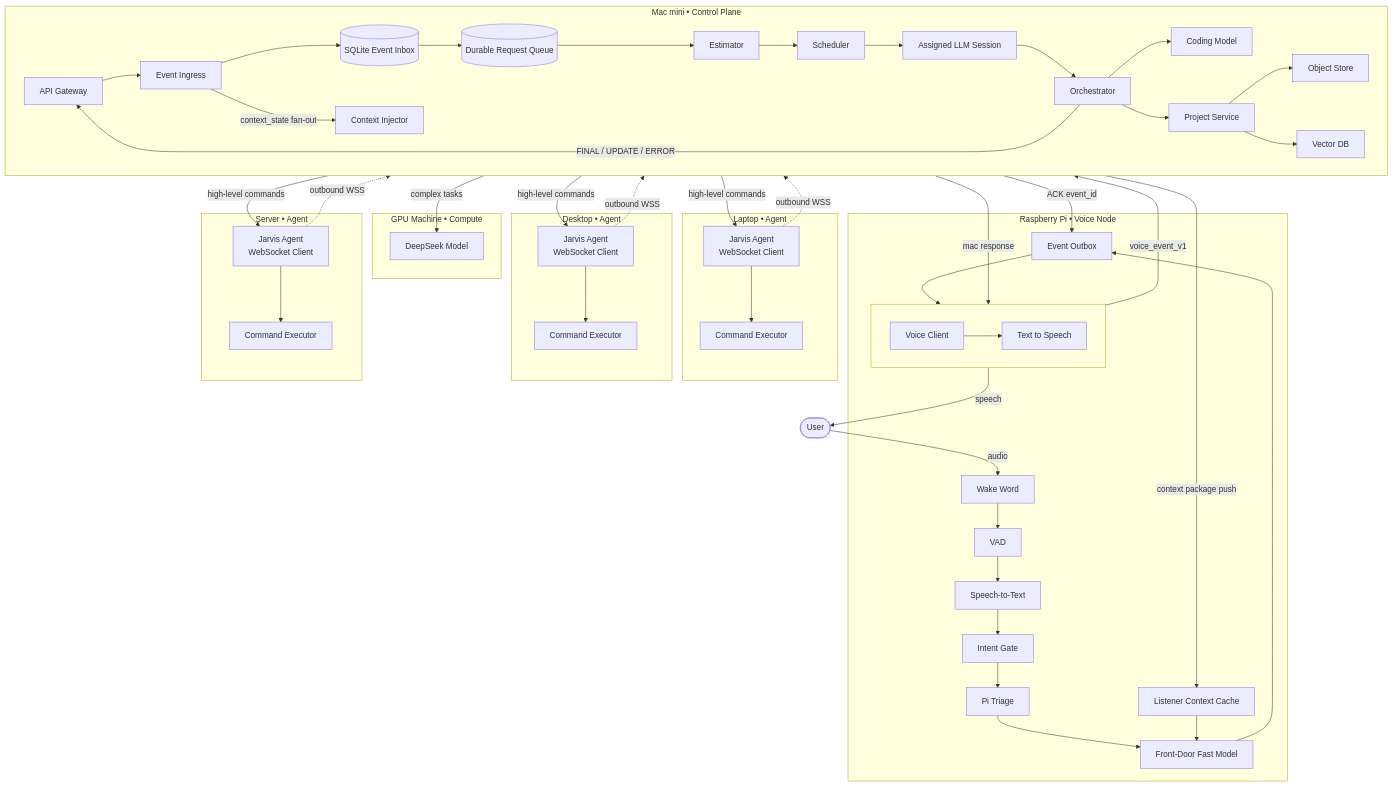
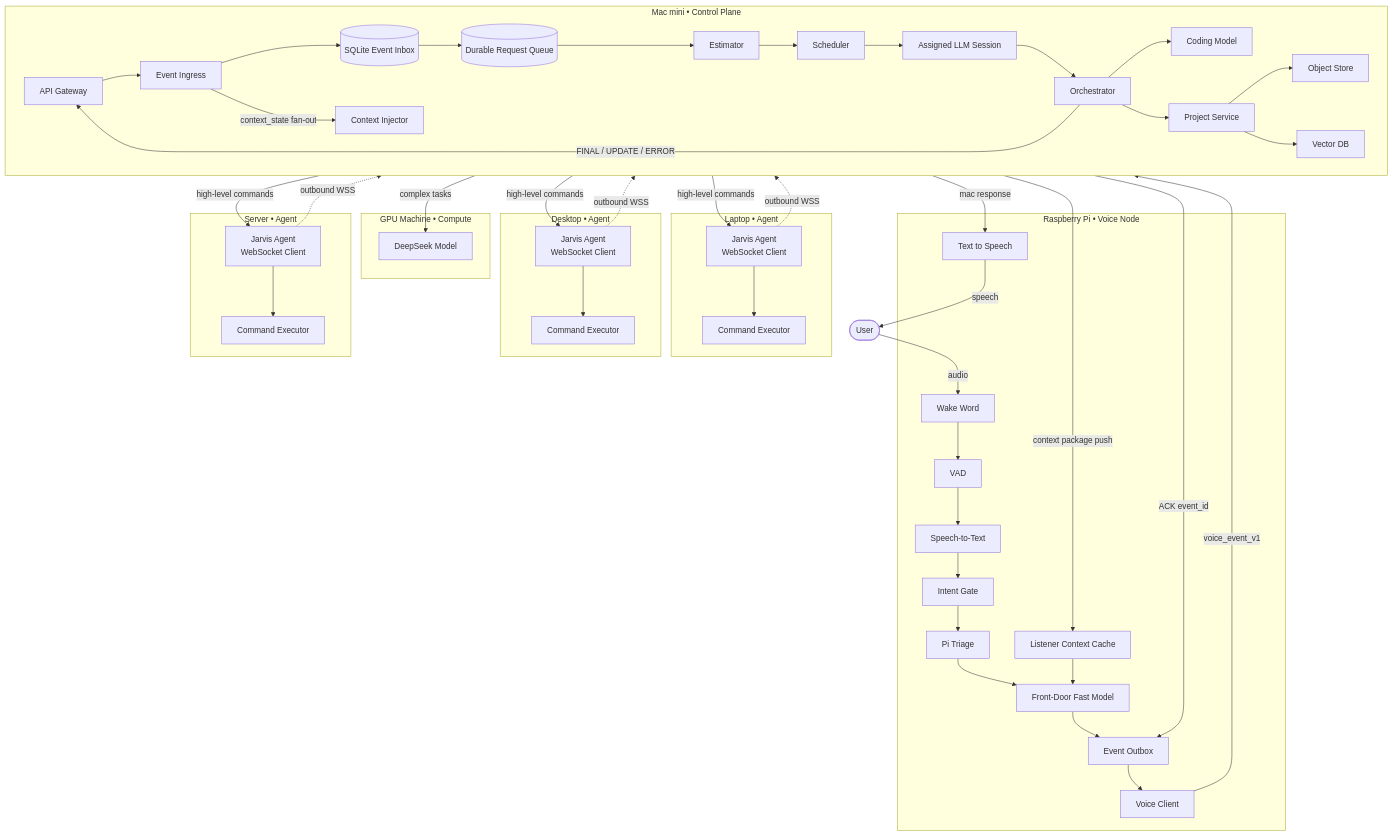
One commit to m-scanlon/tony-stark-was-able-tobuild-this-in-a-cave changed the first of 3 diagrams in docs/arch/v1/scyra.md. Above: the diagram before and after it, drawn with Mermaid.

Commit message:
Reposition TTS above Voice Client using rank hint
Remove VCLIENT → TTS edge (which was forcing TTS below Voice Client in
Dagre's TB layout). Use an invisible ghost link FDOOR ~~~ TTS to park
TTS at the same rank as Event Outbox, one level above Voice Client.
Route mac response directly APIGW → TTS — Voice Client handles outbound
only, TTS handles response rendering.

```diff
--- a/docs/arch/v1/scyra.md
+++ b/docs/arch/v1/scyra.md
@@ -50,15 +50,12 @@
     LCACHE[Listener Context Cache]
     FDOOR[Front-Door Fast Model]
     OBOX[Event Outbox]
-    subgraph PIOUT[ ]
-      direction LR
-      TTS[Text to Speech]
-      VCLIENT[Voice Client]
-    end
+    TTS[Text to Speech]
+    VCLIENT[Voice Client]
     WW --> VAD --> STT --> GATE --> TRIAGE --> FDOOR
     LCACHE --> FDOOR
     FDOOR --> OBOX --> VCLIENT
-    VCLIENT --> TTS
+    FDOOR ~~~ TTS
   end
 
   %% Control Plane
@@ -117,7 +114,7 @@
 
   %% Response path
   ORCH -->|FINAL / UPDATE / ERROR| APIGW
-  APIGW -->|mac response| VCLIENT
+  APIGW -->|mac response| TTS
   TTS -->|speech| USER
 
   %% Compute and agents
```
